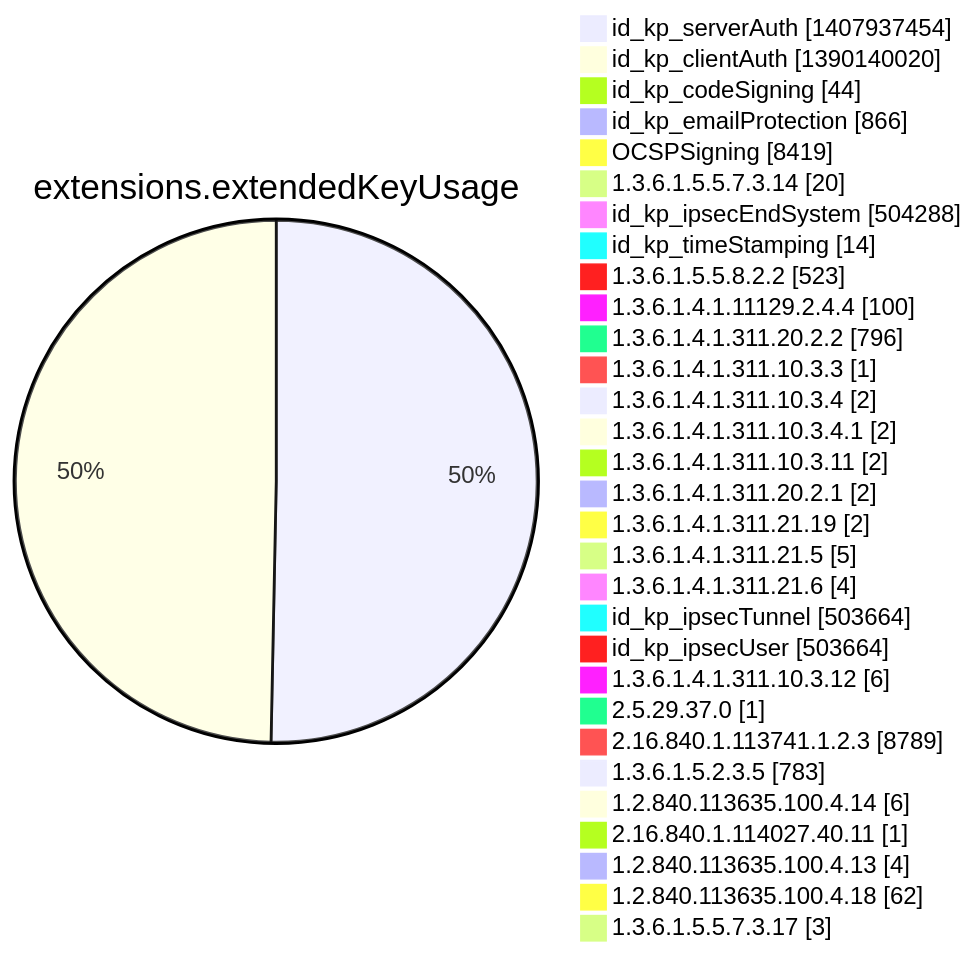
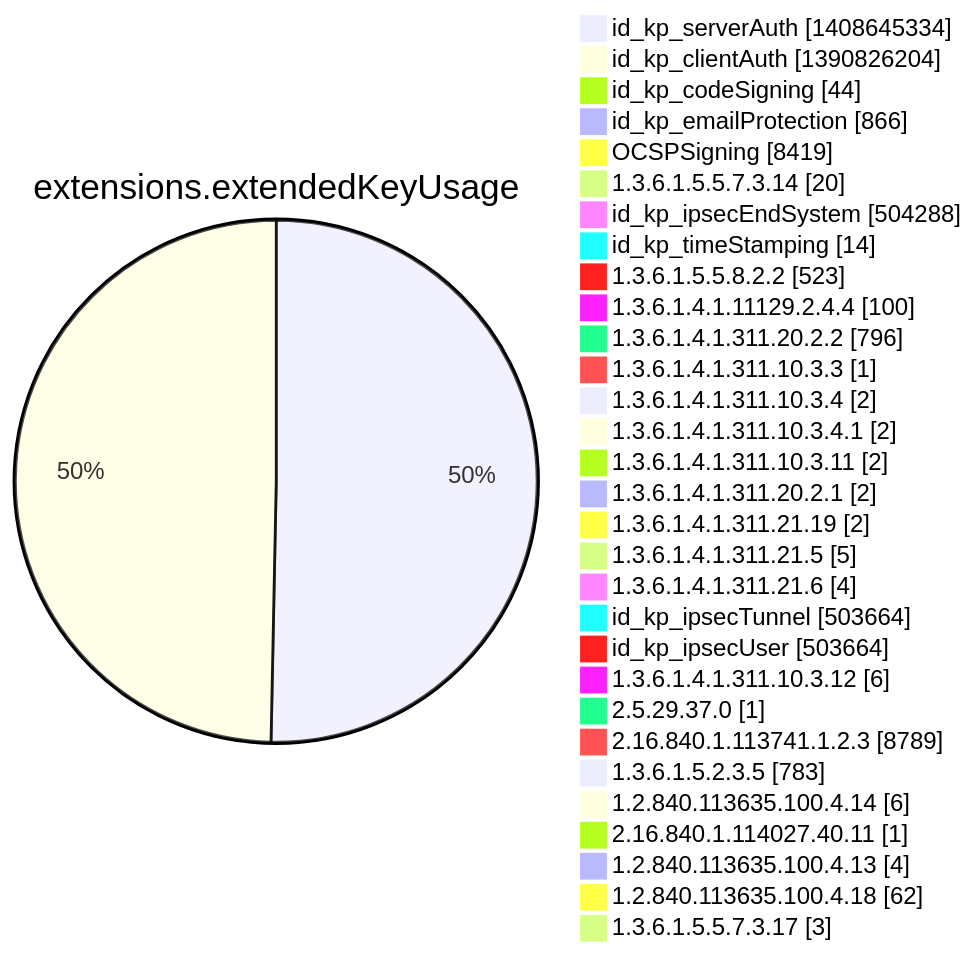
Before and after one commit to christiankrug/ctmonitor_visualization: diagram 12 of 15 in argon2022/README.md, drawn with Mermaid. The commit also changed other lines of this file, not shown here.

````diff
--- a/argon2022/README.md
+++ b/argon2022/README.md
@@ -3554,34 +3554,34 @@
 ```mermaid
 pie showData
 title extensions.extendedKeyUsage
-"id_kp_serverAuth" :1407937454
-"id_kp_clientAuth" :1390140020
+"id_kp_serverAuth" :1408645334
+"id_kp_clientAuth" :1390826204
 "id_kp_codeSigning" :44
 "id_kp_emailProtection" :866
 "OCSPSigning" :8419
 "1.3.6.1.5.5.7.3.14" :20
 "id_kp_ipsecEndSystem" :504288
 "id_kp_timeStamping" :14
 "1.3.6.1.5.5.8.2.2" :523
 "1.3.6.1.4.1.11129.2.4.4" :100
 "1.3.6.1.4.1.311.20.2.2" :796
 "1.3.6.1.4.1.311.10.3.3" :1
 "1.3.6.1.4.1.311.10.3.4" :2
 "1.3.6.1.4.1.311.10.3.4.1" :2
 "1.3.6.1.4.1.311.10.3.11" :2
 "1.3.6.1.4.1.311.20.2.1" :2
 "1.3.6.1.4.1.311.21.19" :2
 "1.3.6.1.4.1.311.21.5" :5
 "1.3.6.1.4.1.311.21.6" :4
 "id_kp_ipsecTunnel" :503664
 "id_kp_ipsecUser" :503664
 "1.3.6.1.4.1.311.10.3.12" :6
 "2.5.29.37.0" :1
 "2.16.840.1.113741.1.2.3" :8789
 "1.3.6.1.5.2.3.5" :783
 "1.2.840.113635.100.4.14" :6
 "2.16.840.1.114027.40.11" :1
 "1.2.840.113635.100.4.13" :4
 "1.2.840.113635.100.4.18" :62
 "1.3.6.1.5.5.7.3.17" :3
 ```
````
